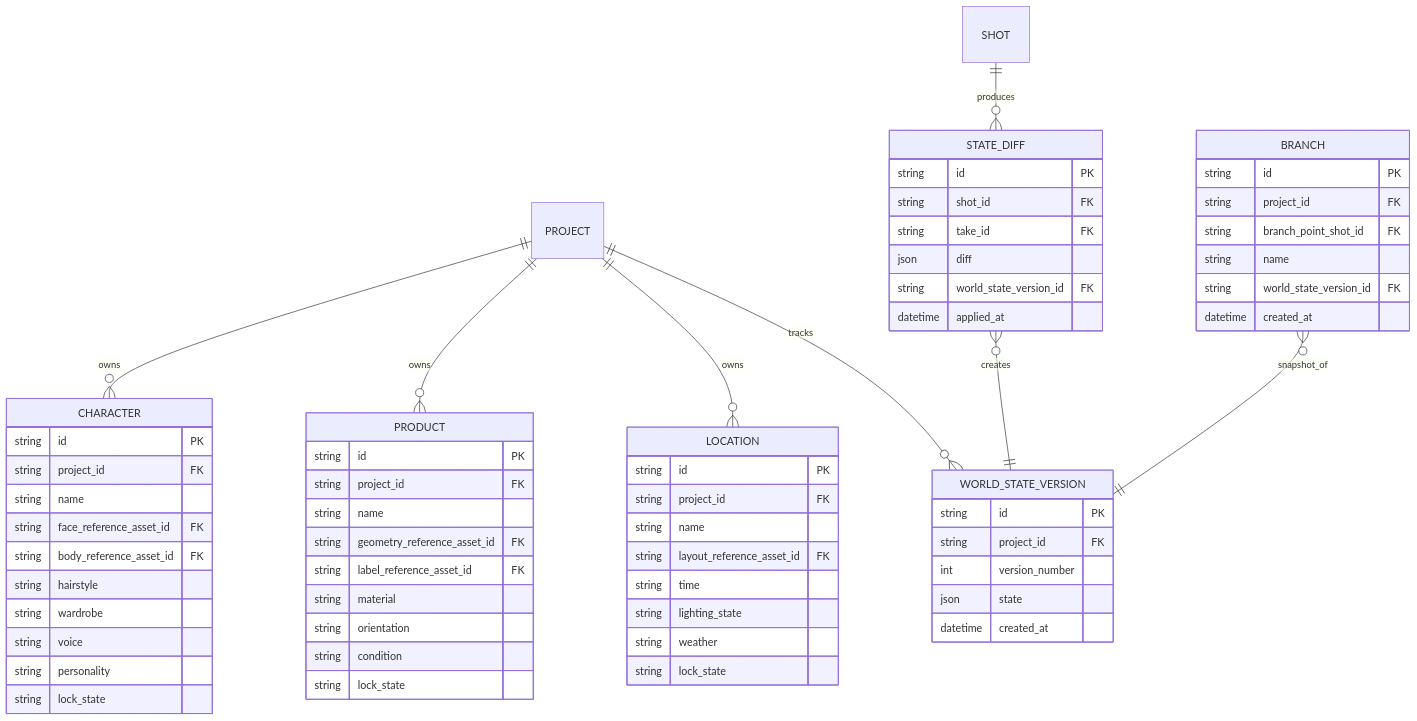
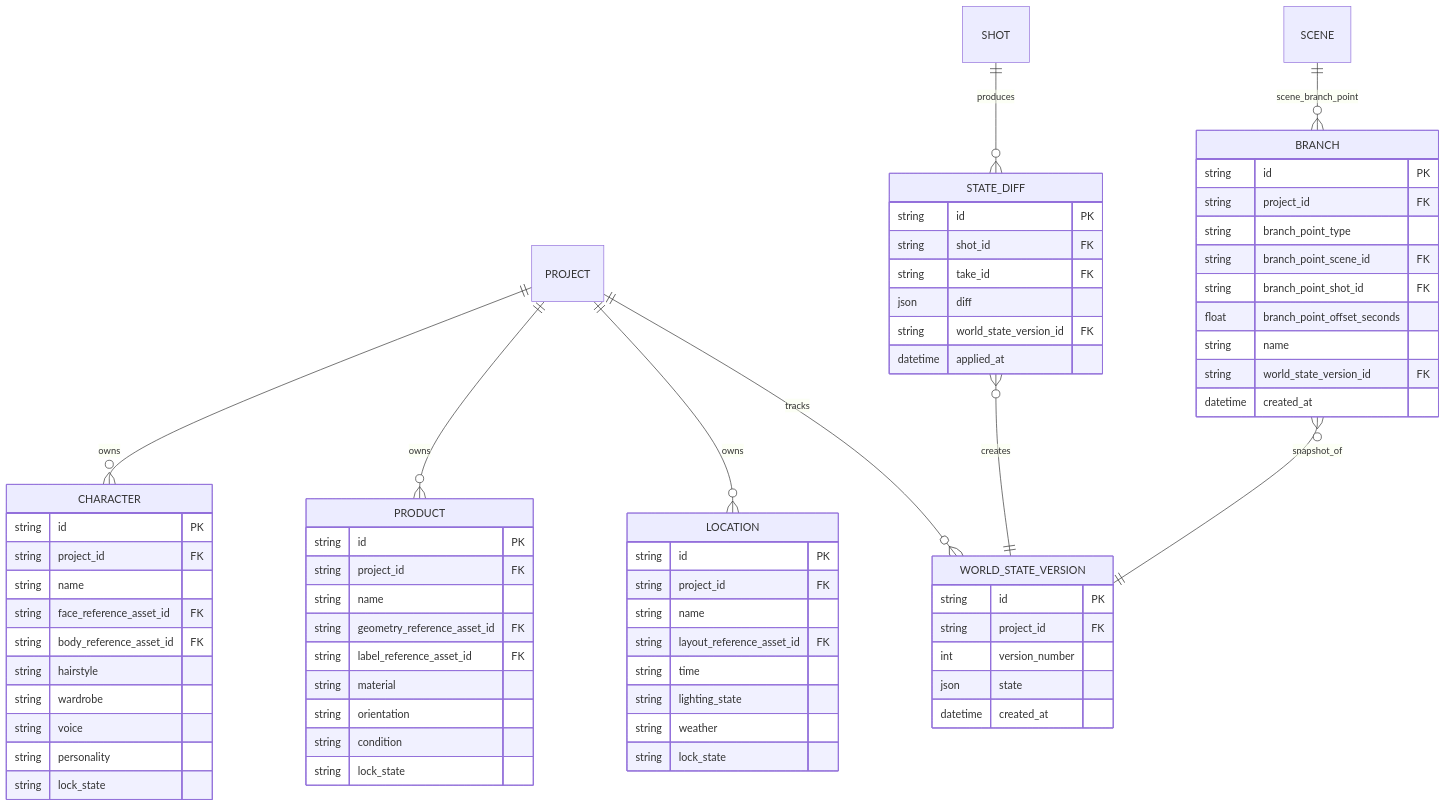
Before and after one commit to ousiassllc/mam: the third of 5 diagrams in spec/architecture/er.md, drawn with Mermaid. The commit also changed other lines of this file, not shown here.

````diff
--- a/spec/architecture/er.md
+++ b/spec/architecture/er.md
@@ -125,67 +126,71 @@
 ```mermaid
 erDiagram
     PROJECT ||--o{ CHARACTER : owns
     PROJECT ||--o{ PRODUCT : owns
     PROJECT ||--o{ LOCATION : owns
     PROJECT ||--o{ WORLD_STATE_VERSION : tracks
     SHOT ||--o{ STATE_DIFF : produces
     STATE_DIFF }o--|| WORLD_STATE_VERSION : creates
     BRANCH }o--|| WORLD_STATE_VERSION : snapshot_of
+    SCENE ||--o{ BRANCH : scene_branch_point
 
     CHARACTER {
         string id PK
         string project_id FK
         string name
         string face_reference_asset_id FK
         string body_reference_asset_id FK
         string hairstyle
         string wardrobe
         string voice
         string personality
         string lock_state
     }
     PRODUCT {
         string id PK
         string project_id FK
         string name
         string geometry_reference_asset_id FK
         string label_reference_asset_id FK
         string material
         string orientation
         string condition
         string lock_state
     }
     LOCATION {
         string id PK
         string project_id FK
         string name
         string layout_reference_asset_id FK
         string time
         string lighting_state
         string weather
         string lock_state
     }
     WORLD_STATE_VERSION {
         string id PK
         string project_id FK
         int version_number
         json state
         datetime created_at
     }
     STATE_DIFF {
         string id PK
         string shot_id FK
         string take_id FK
         json diff
         string world_state_version_id FK
         datetime applied_at
     }
     BRANCH {
         string id PK
         string project_id FK
+        string branch_point_type
+        string branch_point_scene_id FK
         string branch_point_shot_id FK
+        float branch_point_offset_seconds
         string name
         string world_state_version_id FK
         datetime created_at
     }
 ```
````
